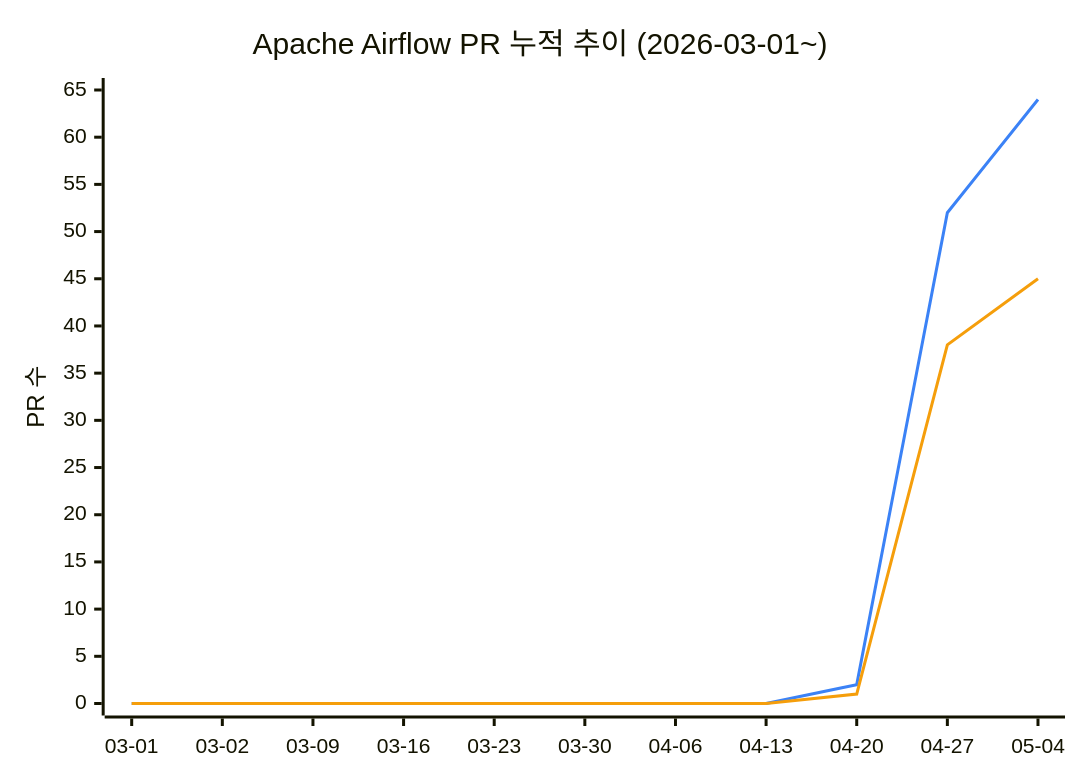
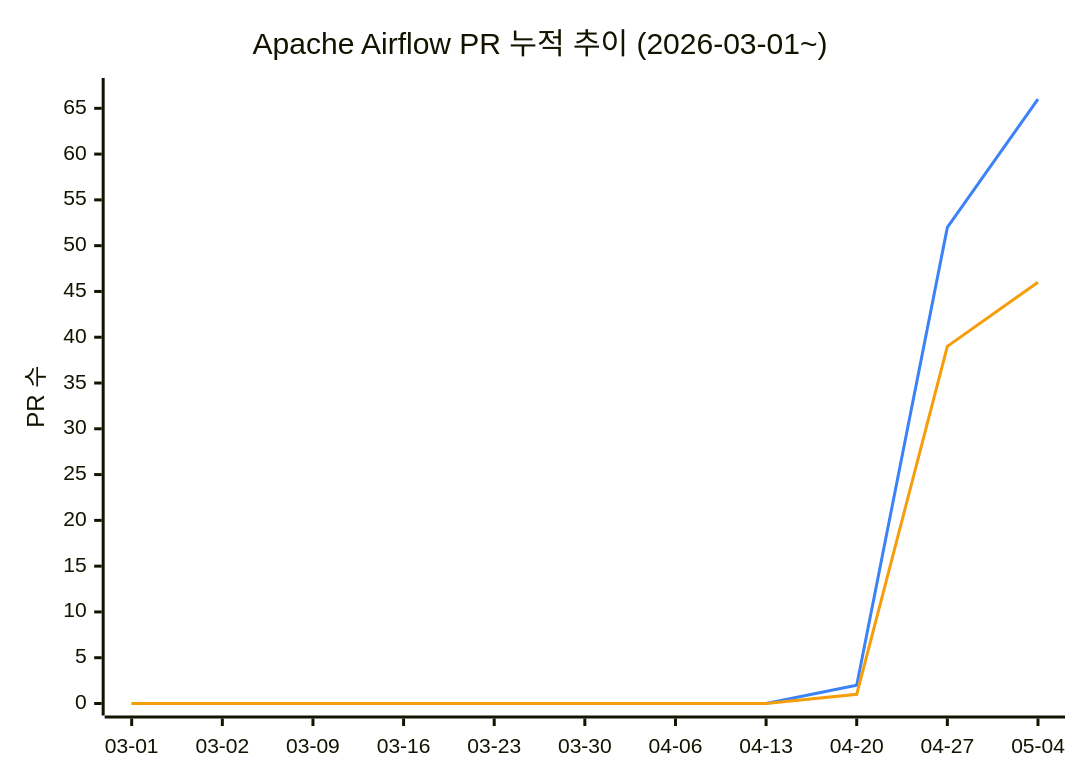
One commit to AirflowKorea/ossca changed the diagram in README.md. Above: the diagram before and after it, drawn with Mermaid. The commit also changed other lines of this file, not shown here.

````diff
--- a/README.md
+++ b/README.md
@@ -11,9 +11,9 @@
 ```mermaid
 %%{init: {"themeVariables": {"xyChart": {"plotColorPalette": "#3b82f6, #f59e0b"}}}}%%
 xychart-beta
     title "Apache Airflow PR 누적 추이 (2026-03-01~)"
     x-axis ["03-01", "03-02", "03-09", "03-16", "03-23", "03-30", "04-06", "04-13", "04-20", "04-27", "05-04"]
-    y-axis "PR 수" 0 --> 65
-    line [0, 0, 0, 0, 0, 0, 0, 0, 2, 52, 64]
-    line [0, 0, 0, 0, 0, 0, 0, 0, 1, 38, 45]
+    y-axis "PR 수" 0 --> 67
+    line [0, 0, 0, 0, 0, 0, 0, 0, 2, 52, 66]
+    line [0, 0, 0, 0, 0, 0, 0, 0, 1, 39, 46]
 ```
````
